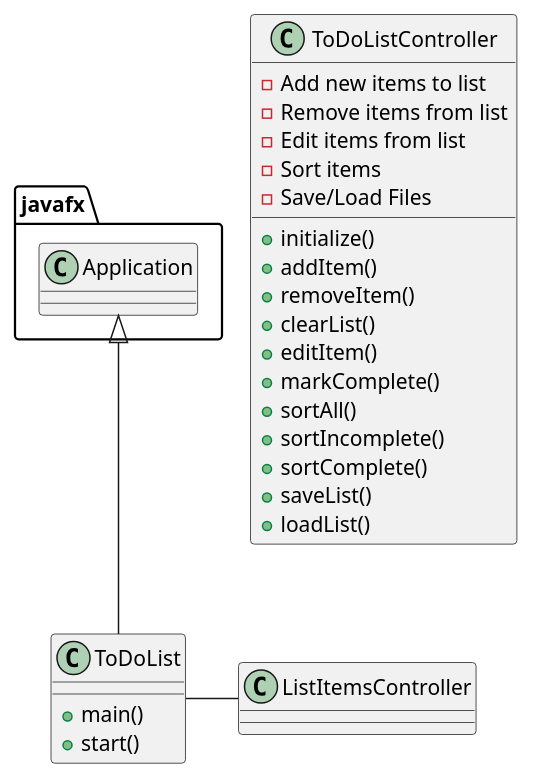
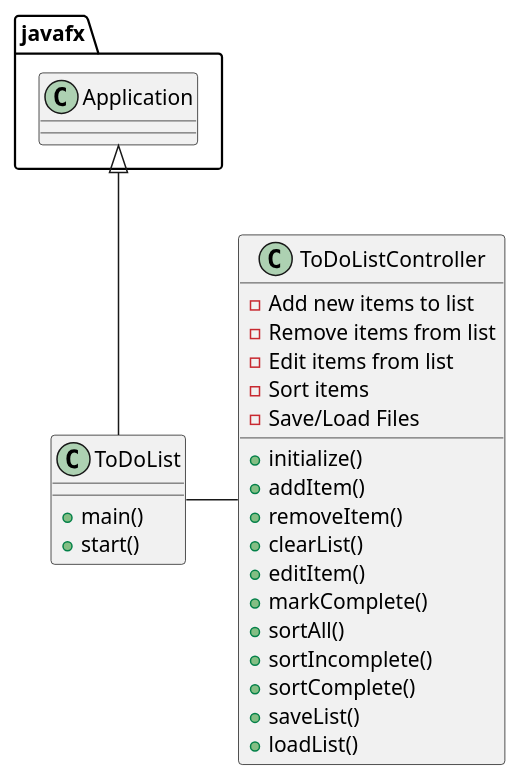
The diagram in uml/ToDoList.puml (rafuchosnow/nieves-cop3330-assignment4part2), drawn with PlantUML before and after one commit.

```diff
--- a/uml/ToDoList.puml
+++ b/uml/ToDoList.puml
@@ -1,33 +1,33 @@
 @startuml
 'https://plantuml.com/class-diagram
 
 class ToDoList {
     + main()
     + start()
 }
 
 class ToDoListController {
     - Add new items to list
     - Remove items from list
     - Edit items from list
     - Sort items
     - Save/Load Files
 
     + initialize()
     + addItem()
     + removeItem()
     + clearList()
     + editItem()
     + markComplete()
     + sortAll()
     + sortIncomplete()
     + sortComplete()
     + saveList()
     + loadList()
 }
 
 
 javafx.Application  <|-- ToDoList
-ToDoList - ListItemsController
+ToDoList - ToDoListController
 
 @enduml
```
